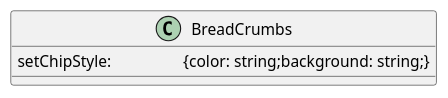
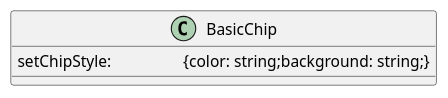
One commit to avasoft-mobility/workday-design changed the diagram in frontend/components/basic_chip/basic_chip.class.puml. Above: the diagram before and after it, drawn with PlantUML. The commit also changed 8 other files, not shown here.

```diff
--- a/frontend/components/basic_chip/basic_chip.class.puml
+++ b/frontend/components/basic_chip/basic_chip.class.puml
@@ -1,7 +1,7 @@
 @startuml BasicChip class diagram
 
-class BreadCrumbs {
+class BasicChip {
   setChipStyle: \t\t {color: string;background: string;}
 }
 
 @enduml
```
